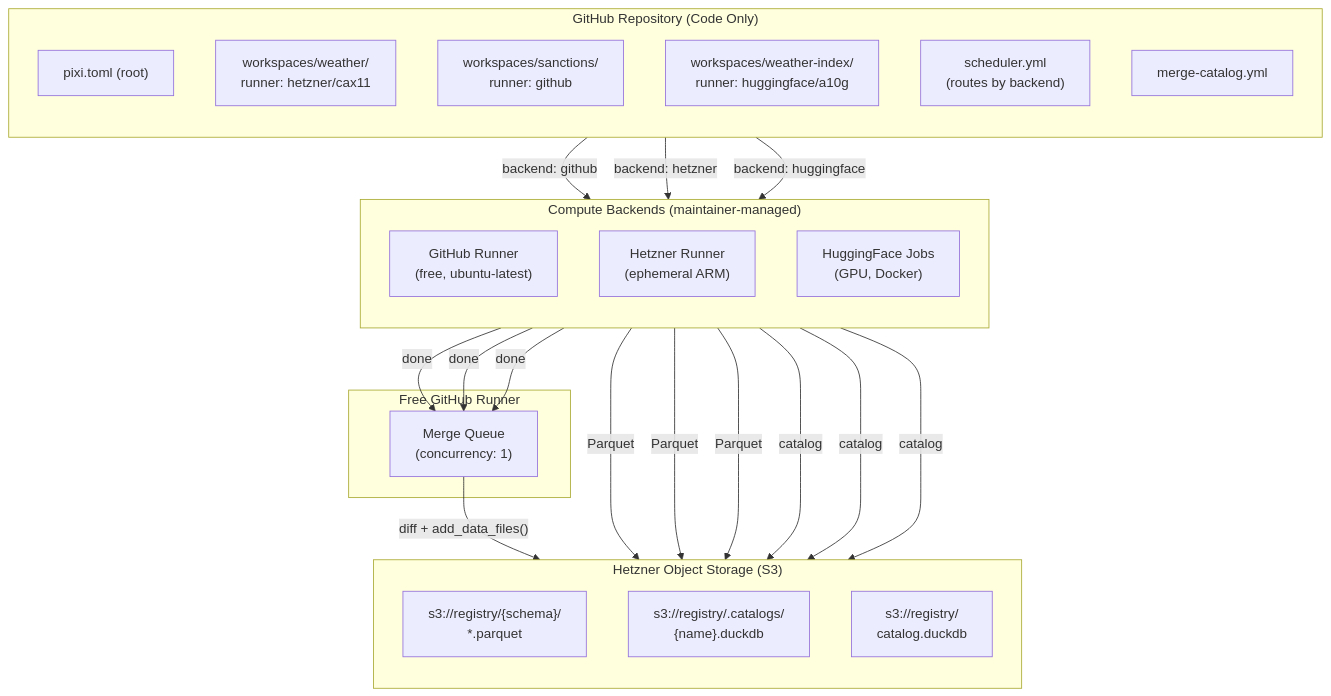
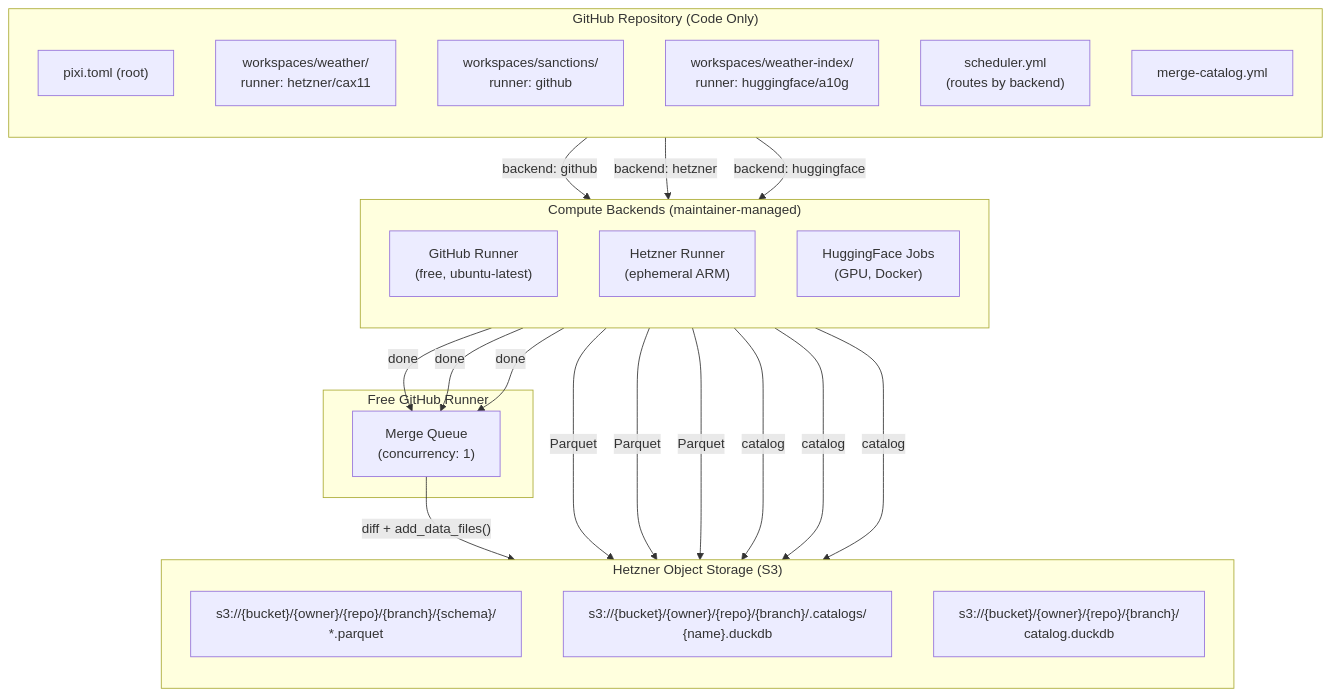
One commit to tabaqatdev/ai-data-registry changed the first of 5 diagrams in research/architecture.md. Above: the diagram before and after it, drawn with Mermaid. The commit also changed other lines of this file and 3 other files, not shown here.

````diff
--- a/research/architecture.md
+++ b/research/architecture.md
@@ -19,39 +19,39 @@
 ```mermaid
 graph TB
     subgraph "GitHub Repository (Code Only)"
         direction TB
         ROOT["pixi.toml (root)"]
         WS_A["workspaces/weather/<br/>runner: hetzner/cax11"]
         WS_B["workspaces/sanctions/<br/>runner: github"]
         WS_C["workspaces/weather-index/<br/>runner: huggingface/a10g"]
         SCHED["scheduler.yml<br/>(routes by backend)"]
         MERGE_WF["merge-catalog.yml"]
     end
 
     subgraph "Compute Backends (maintainer-managed)"
         direction TB
         GH["GitHub Runner<br/>(free, ubuntu-latest)"]
         HZ["Hetzner Runner<br/>(ephemeral ARM)"]
         HF["HuggingFace Jobs<br/>(GPU, Docker)"]
     end
 
     subgraph "Hetzner Object Storage (S3)"
         direction TB
-        S3["s3://registry/{schema}/<br/>*.parquet"]
-        CATS["s3://registry/.catalogs/<br/>{name}.duckdb"]
-        GLOBAL["s3://registry/<br/>catalog.duckdb"]
+        S3["s3://{bucket}/{owner}/{repo}/{branch}/{schema}/<br/>*.parquet"]
+        CATS["s3://{bucket}/{owner}/{repo}/{branch}/.catalogs/<br/>{name}.duckdb"]
+        GLOBAL["s3://{bucket}/{owner}/{repo}/{branch}/<br/>catalog.duckdb"]
     end
 
     subgraph "Free GitHub Runner"
         MQ["Merge Queue<br/>(concurrency: 1)"]
     end
 
     SCHED -->|"backend: github"| GH
     SCHED -->|"backend: hetzner"| HZ
     SCHED -->|"backend: huggingface"| HF
 
     GH & HZ & HF -->|"Parquet"| S3
     GH & HZ & HF -->|"catalog"| CATS
     GH & HZ & HF -->|"done"| MQ
     MQ -->|"diff + add_data_files()"| GLOBAL
 ```
````
